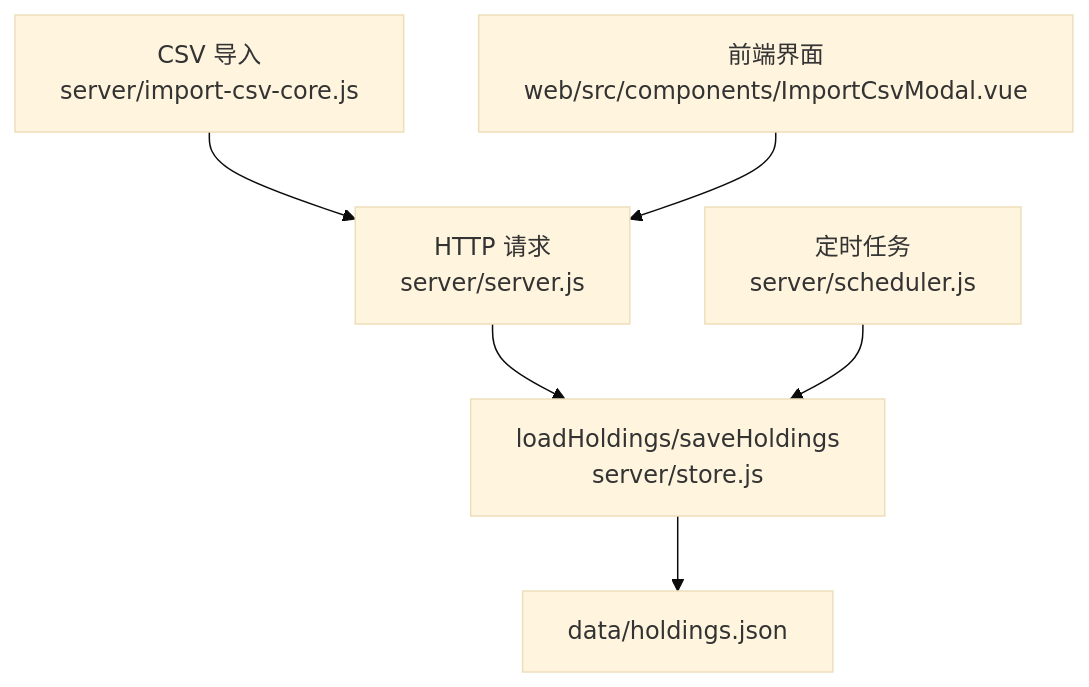
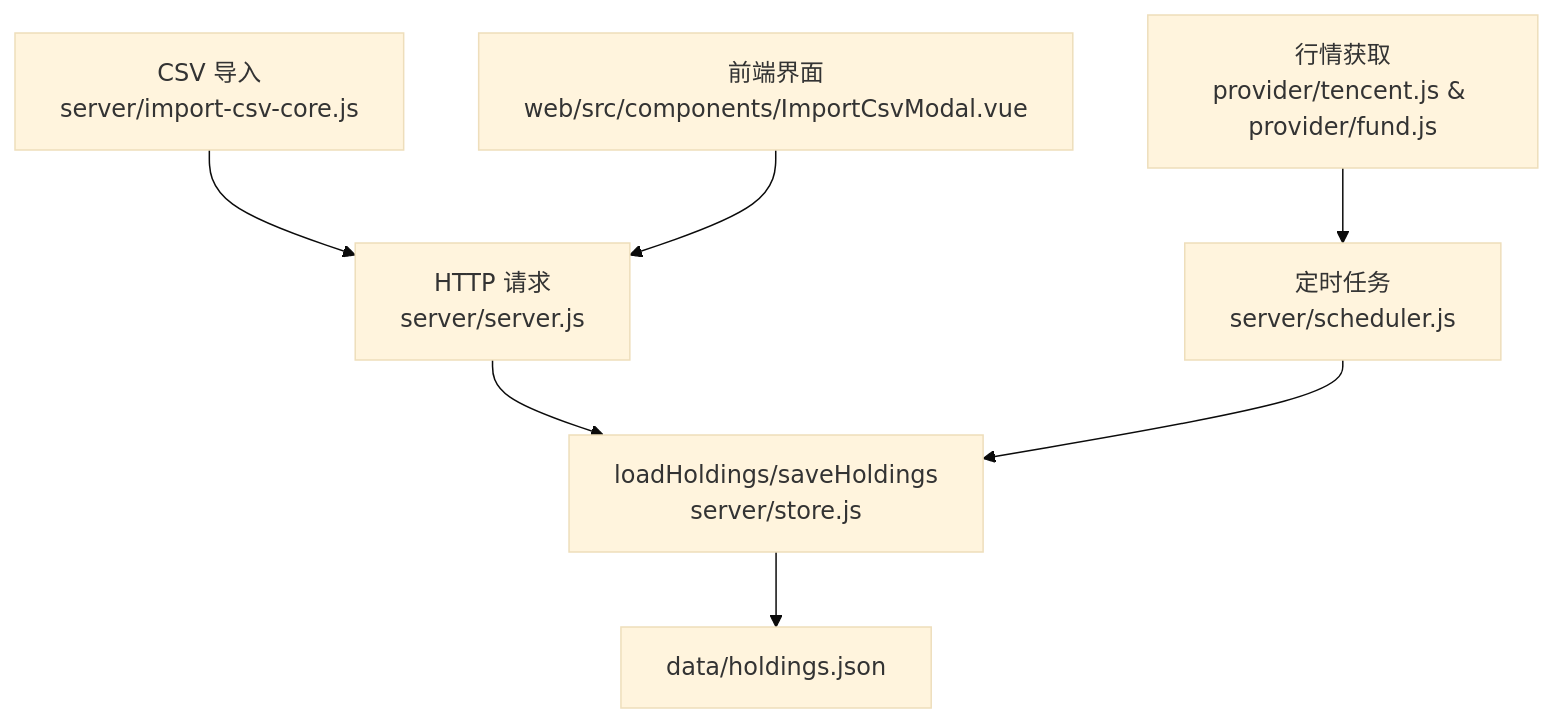
The first of 5 diagrams in .qoder/repowiki/zh/content/系统架构/数据流设计/数据持久化.md (salenju/stock-advisor), drawn with Mermaid (base theme) before and after one commit. The commit also changed other lines of this file and 31 other files, not shown here.

````diff
--- a/.qoder/repowiki/zh/content/系统架构/数据流设计/数据持久化.md
+++ b/.qoder/repowiki/zh/content/系统架构/数据流设计/数据持久化.md
@@ -36,8 +43,9 @@
 ```mermaid
 graph TB
 A["HTTP 请求<br/>server/server.js"] --> B["loadHoldings/saveHoldings<br/>server/store.js"]
 C["定时任务<br/>server/scheduler.js"] --> B
 B --> D["data/holdings.json"]
 E["CSV 导入<br/>server/import-csv-core.js"] --> A
 F["前端界面<br/>web/src/components/ImportCsvModal.vue"] --> A
+G["行情获取<br/>provider/tencent.js & provider/fund.js"] --> C
 ```
````
